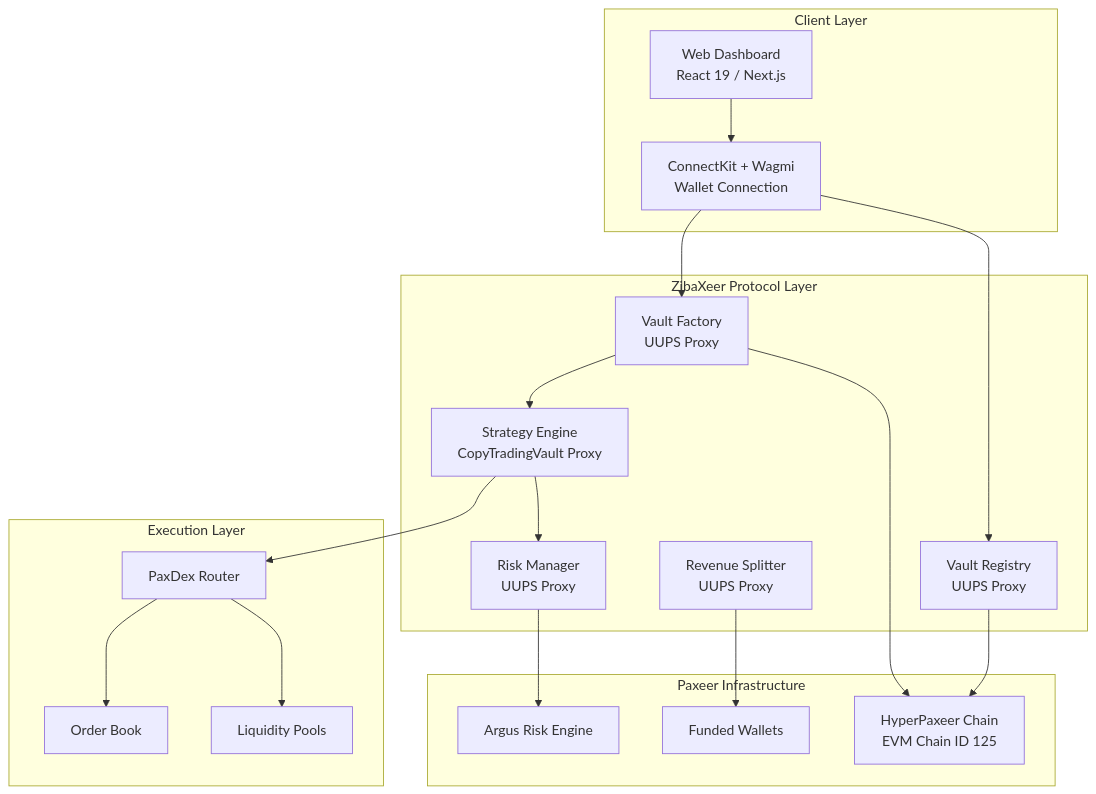
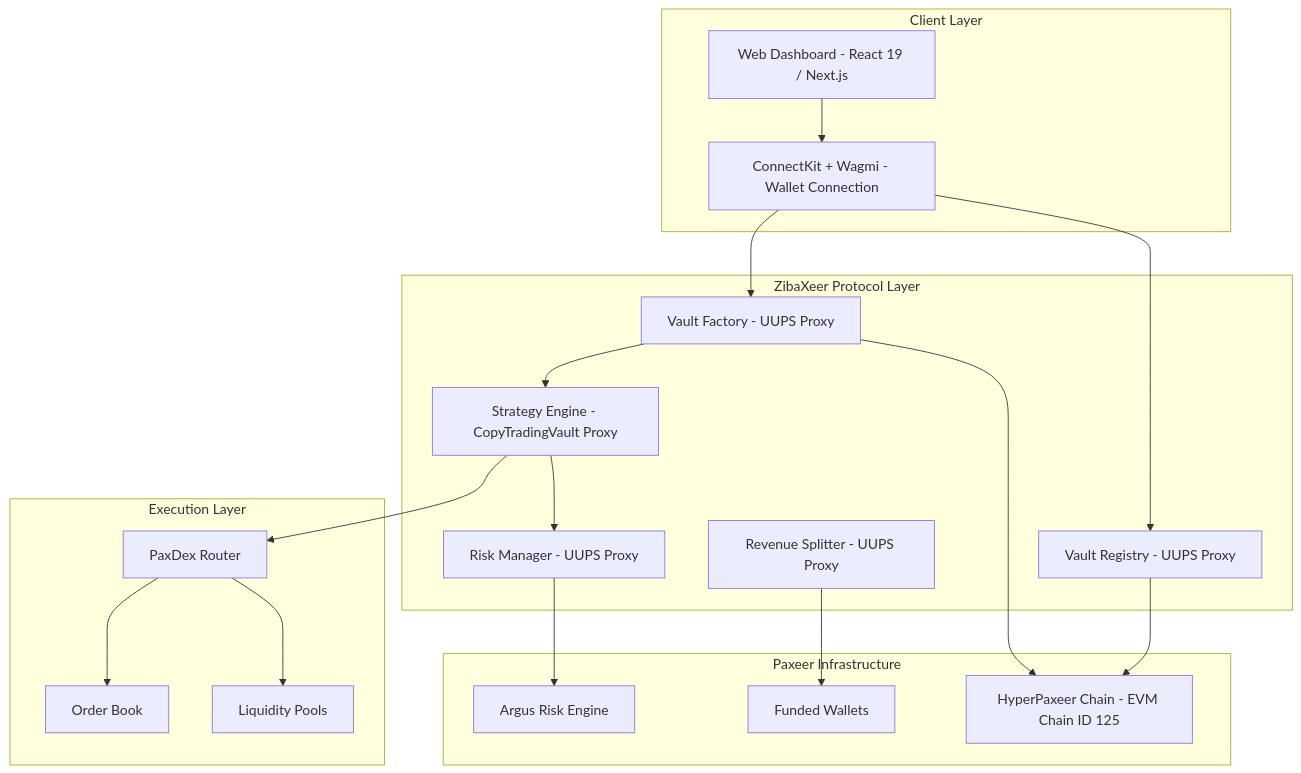
Before and after one commit to thetruesammyjay/ZibaXeer: the first of 7 diagrams in README.md, drawn with Mermaid. The commit also changed other lines of this file and 9 other files, not shown here.

````diff
--- a/README.md
+++ b/README.md
@@ -82,40 +82,40 @@
 ```mermaid
 graph TB
     subgraph Clients["Client Layer"]
-        WEB[Web Dashboard<br/>React 19 / Next.js]
-        WC[ConnectKit + Wagmi<br/>Wallet Connection]
+        WEB[Web Dashboard - React 19 / Next.js]
+        WC[ConnectKit + Wagmi - Wallet Connection]
     end
 
     subgraph Protocol["ZibaXeer Protocol Layer"]
-        VF[Vault Factory<br/>UUPS Proxy]
-        VR[Vault Registry<br/>UUPS Proxy]
-        SE[Strategy Engine<br/>CopyTradingVault Proxy]
-        RM[Risk Manager<br/>UUPS Proxy]
-        RS[Revenue Splitter<br/>UUPS Proxy]
+        VF[Vault Factory - UUPS Proxy]
+        VR[Vault Registry - UUPS Proxy]
+        SE[Strategy Engine - CopyTradingVault Proxy]
+        RM[Risk Manager - UUPS Proxy]
+        RS[Revenue Splitter - UUPS Proxy]
     end
 
     subgraph Execution["Execution Layer"]
         PD[PaxDex Router]
         OB[Order Book]
         LP[Liquidity Pools]
     end
 
     subgraph Infrastructure["Paxeer Infrastructure"]
         AE[Argus Risk Engine]
         FW[Funded Wallets]
-        HP[HyperPaxeer Chain<br/>EVM Chain ID 125]
+        HP[HyperPaxeer Chain - EVM Chain ID 125]
     end
 
     WEB --> WC
     WC --> VF
     WC --> VR
     VF --> SE
     SE --> RM
     RM --> AE
     SE --> PD
     PD --> OB
     PD --> LP
     RS --> FW
     VR --> HP
     VF --> HP
 ```
````
